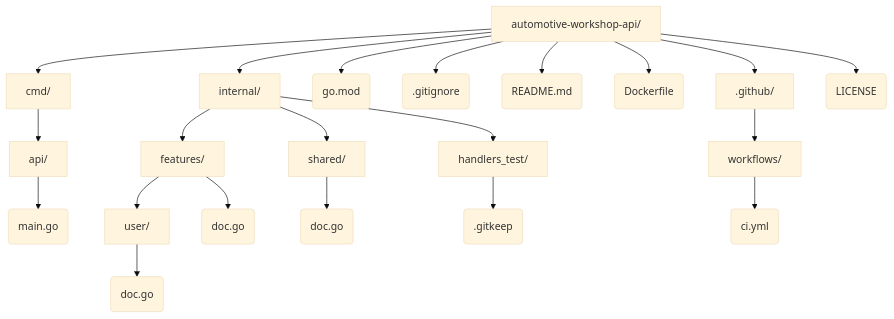
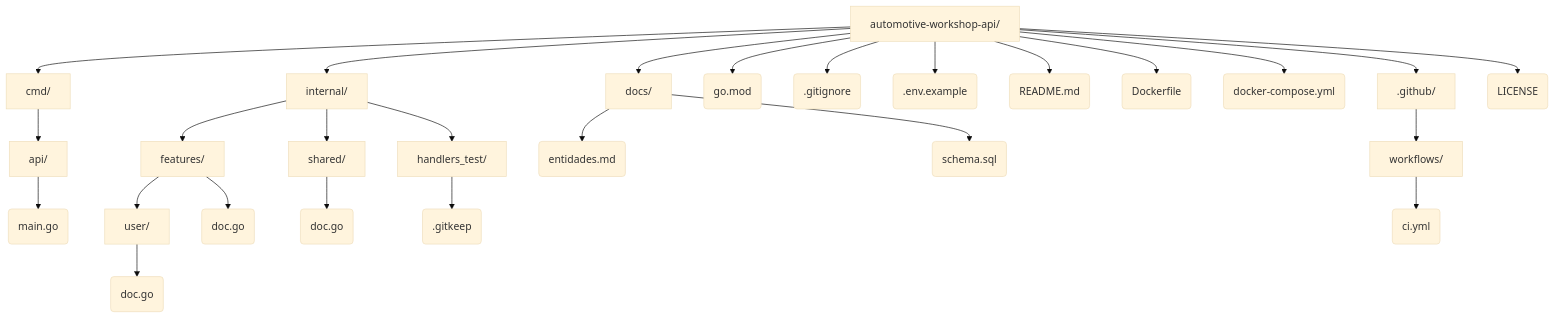
Before and after one commit to Os-Fiapudos/automotive-workshop-api: the diagram in README.md, drawn with Mermaid (base theme). The commit also changed other lines of this file, not shown here.

````diff
--- a/README.md
+++ b/README.md
@@ -19,44 +41,54 @@
 ```mermaid
 flowchart TD
   n0["automotive-workshop-api/"]
   n1["cmd/"]
   n0 --> n1
   n2["api/"]
   n1 --> n2
   n3("main.go")
   n2 --> n3
   n4["internal/"]
   n0 --> n4
   n5["features/"]
   n4 --> n5
   n6["user/"]
   n5 --> n6
   n7("doc.go")
   n6 --> n7
   n8("doc.go")
   n5 --> n8
   n9["shared/"]
   n4 --> n9
   n10("doc.go")
   n9 --> n10
   n11["handlers_test/"]
   n4 --> n11
   n12(".gitkeep")
   n11 --> n12
+  n21["docs/"]
+  n0 --> n21
+  n22("entidades.md")
+  n21 --> n22
+  n23("schema.sql")
+  n21 --> n23
   n13("go.mod")
   n0 --> n13
   n14(".gitignore")
   n0 --> n14
+  n24(".env.example")
+  n0 --> n24
   n15("README.md")
   n0 --> n15
   n16("Dockerfile")
   n0 --> n16
+  n25("docker-compose.yml")
+  n0 --> n25
   n17[".github/"]
   n0 --> n17
   n18["workflows/"]
   n17 --> n18
   n19("ci.yml")
   n18 --> n19
   n20("LICENSE")
   n0 --> n20
 ```
````
